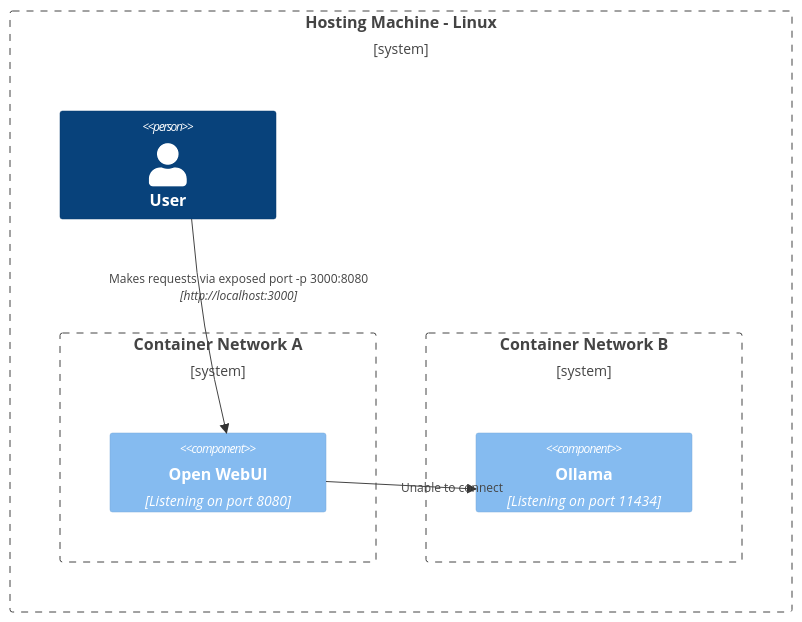
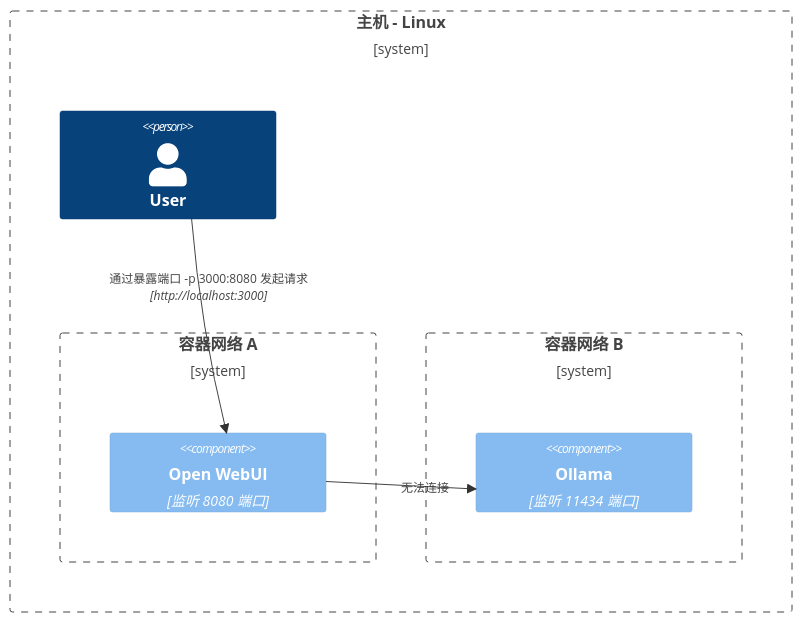
The seventh of 8 diagrams in docs/reference/network-diagrams.mdx (GamblerIX2/open-webui-docs), drawn with Mermaid before and after one commit. The commit also changed other lines of this file and 175 other files, not shown here.

````diff
--- a/docs/reference/network-diagrams.mdx
+++ b/docs/reference/network-diagrams.mdx
@@ -159,15 +159,15 @@
 ```mermaid
 C4Context
-Boundary(b0, "Hosting Machine - Linux") {
+Boundary(b0, "主机 - Linux") {
    Person(user, "User")
-   Boundary(b2, "Container Network A") {
-      Component(openwebui, "Open WebUI", "Listening on port 8080")
+   Boundary(b2, "容器网络 A") {
+      Component(openwebui, "Open WebUI", "监听 8080 端口")
    }
-   Boundary(b3, "Container Network B") {
-      Component(ollama, "Ollama", "Listening on port 11434")
+   Boundary(b3, "容器网络 B") {
+      Component(ollama, "Ollama", "监听 11434 端口")
    }
 }
-Rel(openwebui, ollama, "Unable to connect")
-Rel(user, openwebui, "Makes requests via exposed port -p 3000:8080", "http://localhost:3000")
+Rel(openwebui, ollama, "无法连接")
+Rel(user, openwebui, "通过暴露端口 -p 3000:8080 发起请求", "http://localhost:3000")
 UpdateRelStyle(user, openwebui, $offsetX="-100", $offsetY="-50")
 ```
````
